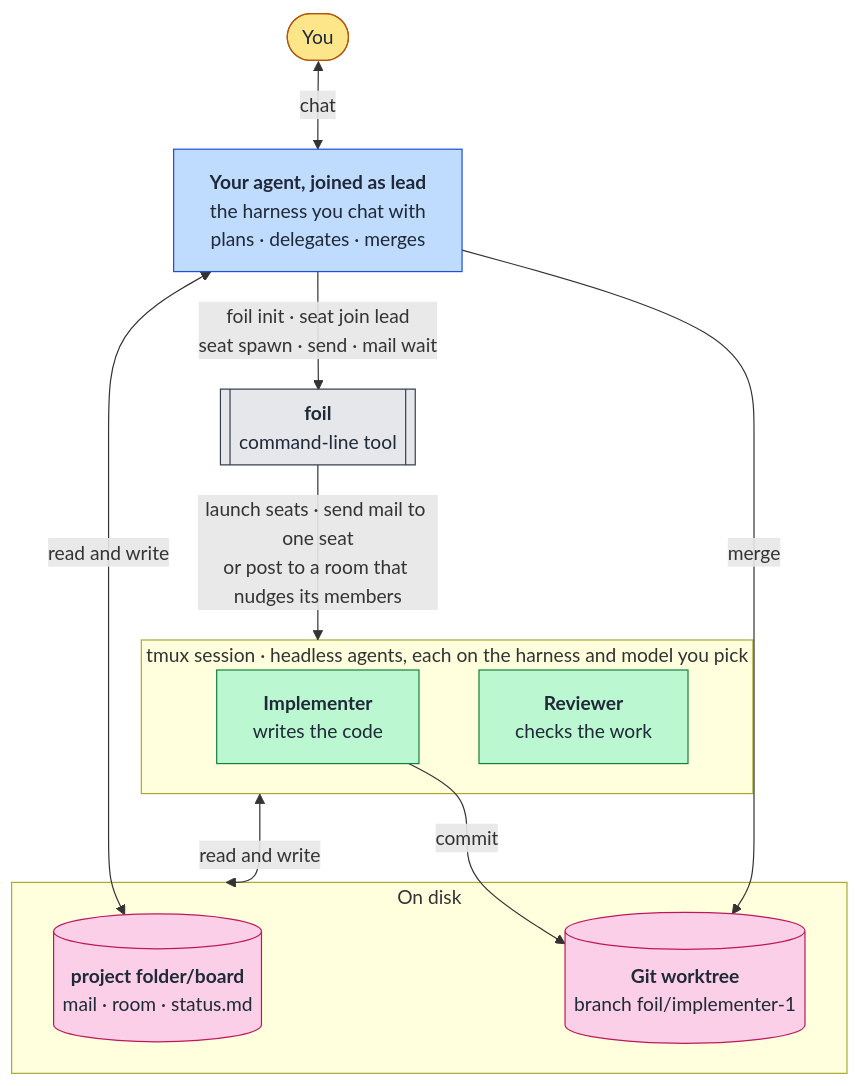
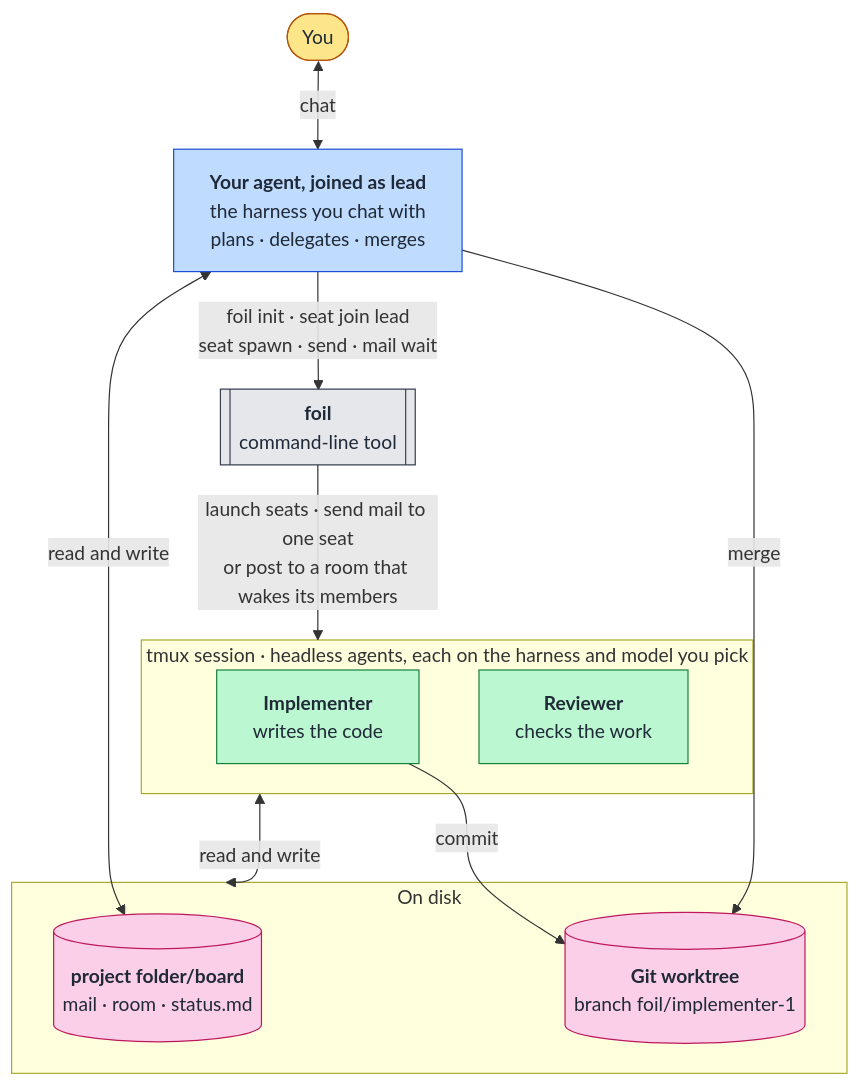
The diagram in README.md (TiantianFlow/foil), drawn with Mermaid before and after one commit. The commit also changed other lines of this file and 88 other files, not shown here.

````diff
--- a/README.md
+++ b/README.md
@@ -37,35 +37,35 @@
 ```mermaid
 flowchart TB
   you(["You"])
   lead["<b>Your agent, joined as lead</b><br/>the harness you chat with<br/>plans · delegates · merges"]
   foil[["<b>foil</b><br/>command-line tool"]]
 
   subgraph fleet["tmux session · headless agents, each on the harness and model you pick"]
     impl["<b>Implementer</b><br/>writes the code"]
     rev["<b>Reviewer</b><br/>checks the work"]
   end
 
   subgraph disk["On disk"]
     board[("<b>project folder/board</b><br/>mail · room · status.md")]
     tree[("<b>Git worktree</b><br/>branch foil/implementer-1")]
   end
 
   you <-->|chat| lead
   lead -->|"foil init · seat join lead<br/>seat spawn · send · mail wait"| foil
-  foil -->|"launch seats · send mail to one seat<br/>or post to a room that nudges its members"| fleet
+  foil -->|"launch seats · send mail to one seat<br/>or post to a room that wakes its members"| fleet
   fleet <-->|read and write| disk
   lead <-->|read and write| board
   impl -->|commit| tree
   lead -->|merge| tree
 
   classDef human fill:#fde68a,stroke:#b45309,color:#1f2937
   classDef yours fill:#bfdbfe,stroke:#1d4ed8,color:#1f2937
   classDef tool fill:#e5e7eb,stroke:#374151,color:#1f2937
   classDef seat fill:#bbf7d0,stroke:#15803d,color:#1f2937
   classDef data fill:#fbcfe8,stroke:#be185d,color:#1f2937
   class you human
   class lead yours
   class foil tool
   class impl,rev seat
   class board,tree data
 ```
````
